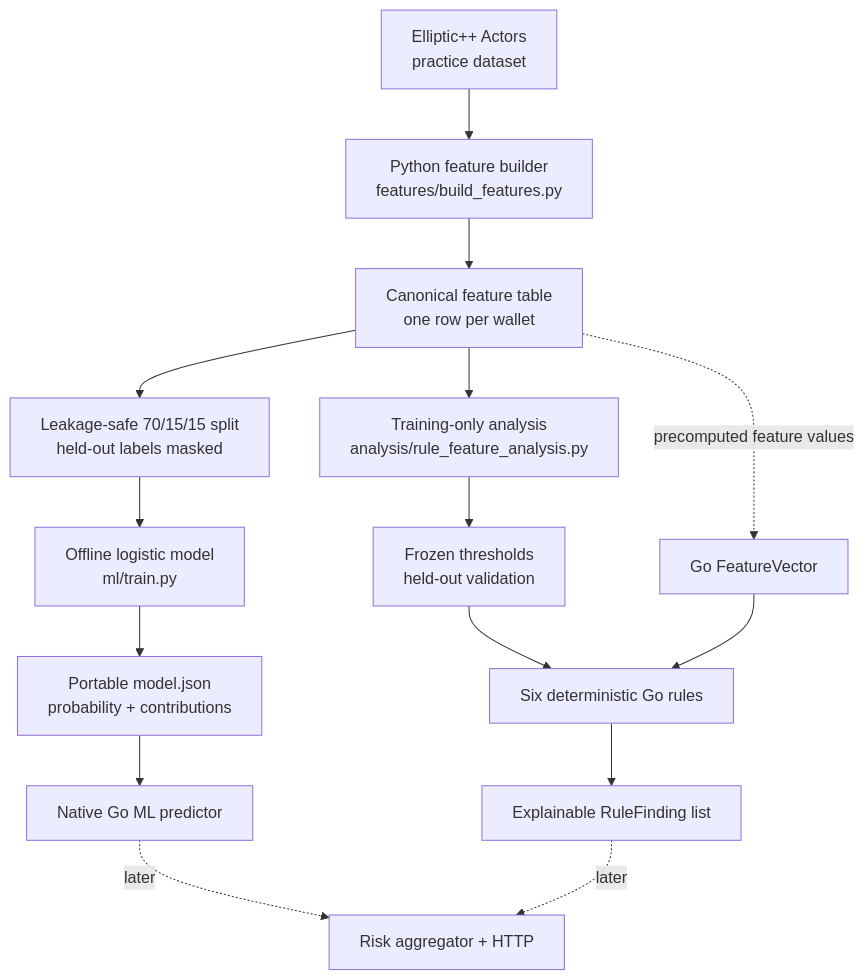
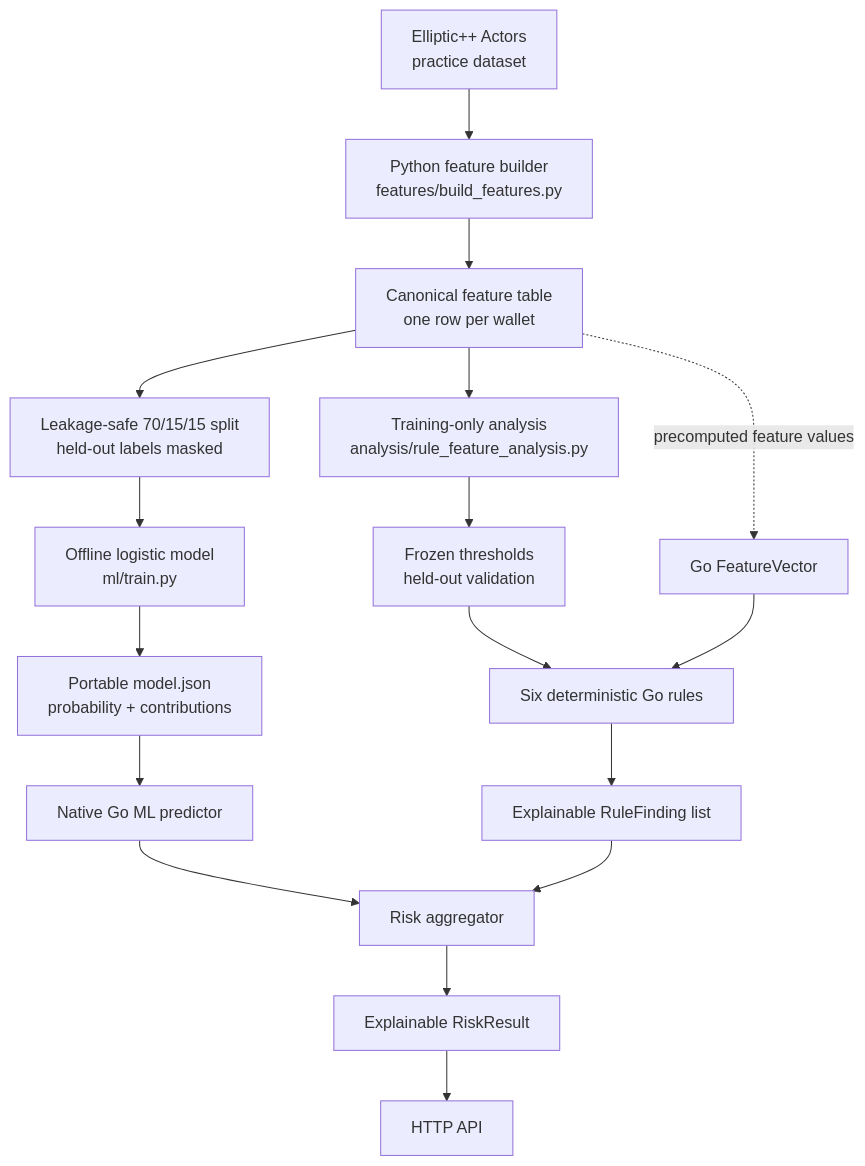
One commit to arshamhaq/kyt-engine changed the second of 2 diagrams in README.md. Above: the diagram before and after it, drawn with Mermaid. The commit also changed other lines of this file and 34 other files, not shown here.

````diff
--- a/README.md
+++ b/README.md
@@ -134,17 +134,19 @@
 ```mermaid
 flowchart TB
     E["Elliptic++ Actors<br/>practice dataset"] --> B["Python feature builder<br/>features/build_features.py"]
     B --> C["Canonical feature table<br/>one row per wallet"]
     C --> A["Training-only analysis<br/>analysis/rule_feature_analysis.py"]
     A --> T["Frozen thresholds<br/>held-out validation"]
     T --> R["Six deterministic Go rules"]
     C --> D["Leakage-safe 70/15/15 split<br/>held-out labels masked"]
     D --> L["Offline logistic model<br/>ml/train.py"]
     L --> P["Portable model.json<br/>probability + contributions"]
     C -. "precomputed feature values" .-> V["Go FeatureVector"]
     V --> R
     R --> F["Explainable RuleFinding list"]
     P --> M["Native Go ML predictor"]
-    M -. "later" .-> G["Risk aggregator + HTTP"]
-    F -. "later" .-> G
+    M --> G["Risk aggregator"]
+    F --> G
+    G --> O["Explainable RiskResult"]
+    O --> H["HTTP API"]
 ```
````
